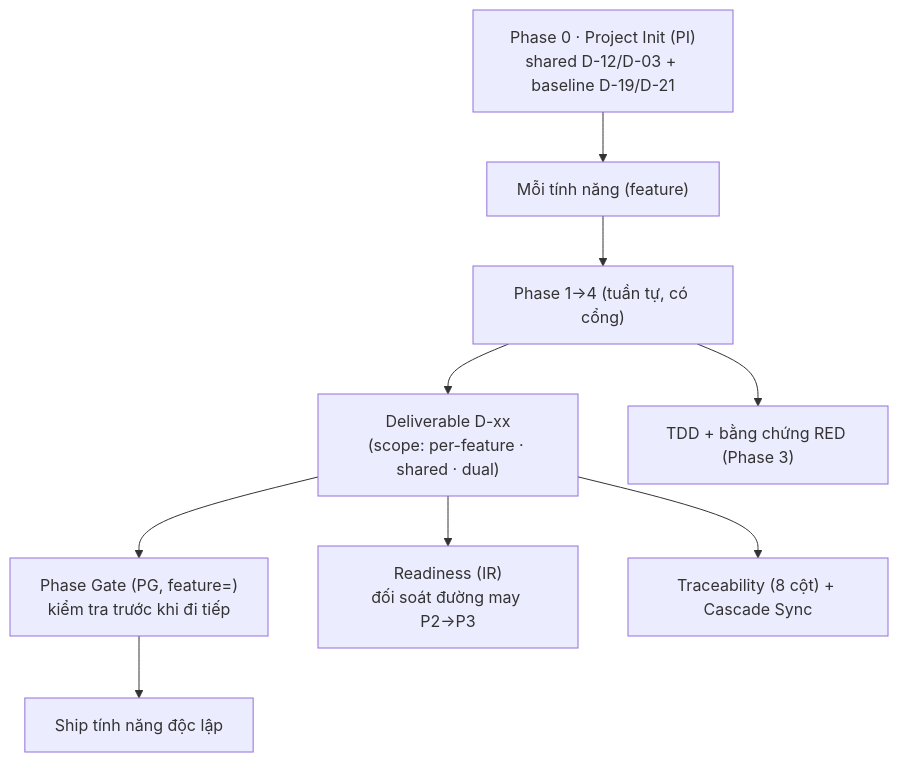
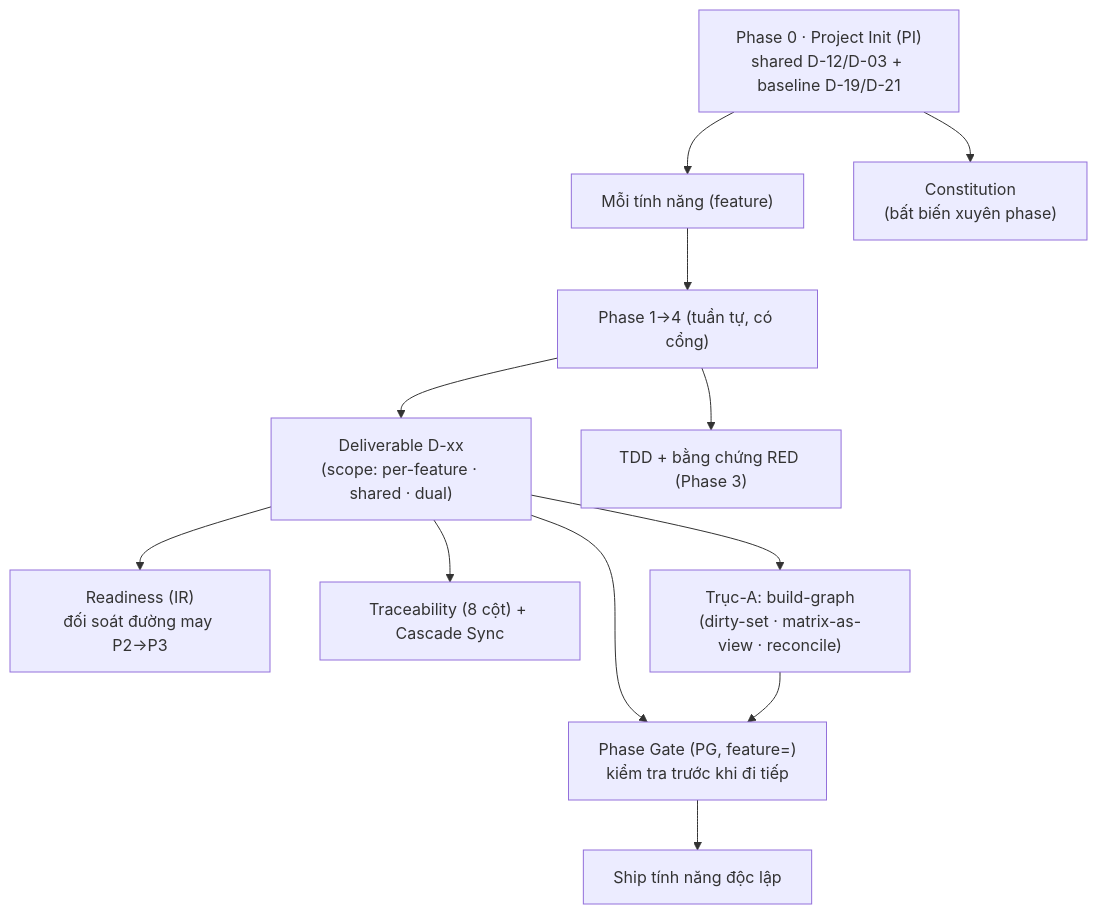
Before and after one commit to hanh9898/waterfall-bmad-method: the seventh of 7 diagrams in docs/vi/explanation/concepts.md, drawn with Mermaid. The commit also changed other lines of this file and 3 other files, not shown here.

First line of the commit message:
docs(hbc): wave 2/5 explanation — trục-A model + gate RECYCLE + constitution (vi+en)

````diff
--- a/docs/vi/explanation/concepts.md
+++ b/docs/vi/explanation/concepts.md
@@ -212,11 +248,14 @@
 ```mermaid
 flowchart TD
     P0["Phase 0 · Project Init (PI)<br/>shared D-12/D-03 + baseline D-19/D-21"] --> FEAT["Mỗi tính năng (feature)"]
     FEAT --> P["Phase 1→4 (tuần tự, có cổng)"]
     P --> D["Deliverable D-xx<br/>(scope: per-feature · shared · dual)"]
     D --> G["Phase Gate (PG, feature=)<br/>kiểm tra trước khi đi tiếp"]
     D --> IR["Readiness (IR)<br/>đối soát đường may P2→P3"]
     P --> TDD["TDD + bằng chứng RED (Phase 3)"]
     D --> T["Traceability (8 cột) + Cascade Sync"]
+    D --> AX["Trục-A: build-graph<br/>(dirty-set · matrix-as-view · reconcile)"]
+    P0 --> CON["Constitution<br/>(bất biến xuyên phase)"]
+    AX --> G
     G --> SHIP["Ship tính năng độc lập"]
 ```
````
